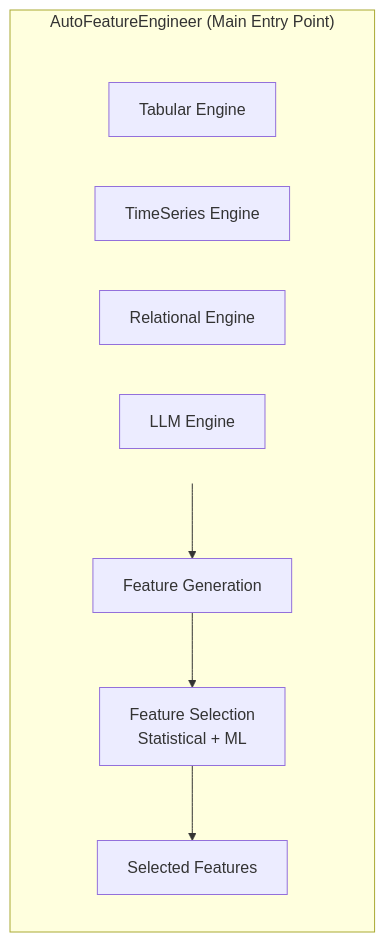
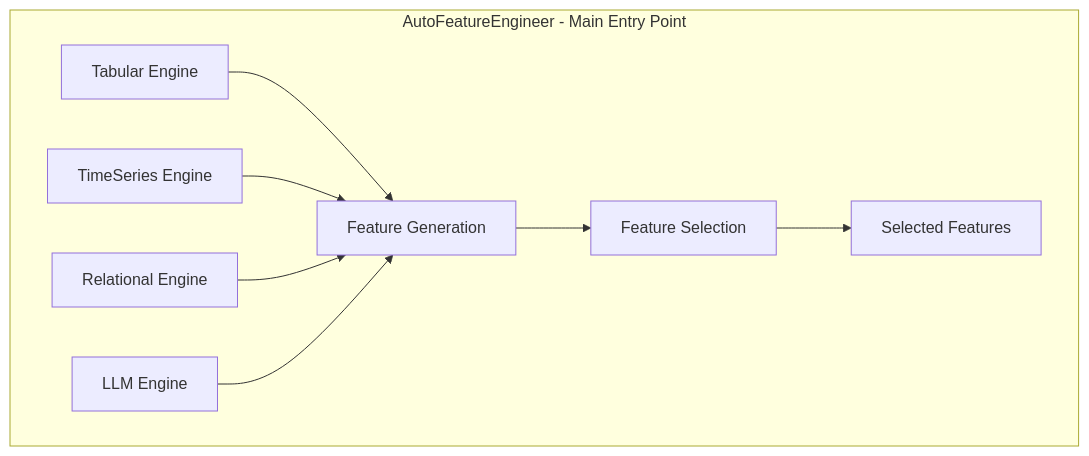
Before and after one commit to thinkall/featcopilot: the diagram in docs/user-guide/overview.md, drawn with Mermaid.

Commit message:
docs: use simpler Mermaid syntax for older version compatibility

````diff
--- a/docs/user-guide/overview.md
+++ b/docs/user-guide/overview.md
@@ -7,22 +7,11 @@
 ```mermaid
-flowchart TB
-    subgraph AE["AutoFeatureEngineer (Main Entry Point)"]
-        direction TB
-
-        subgraph Engines[" "]
-            direction LR
-            TE[Tabular Engine]
-            TSE[TimeSeries Engine]
-            RE[Relational Engine]
-            LE[LLM Engine]
-        end
-
-        FG[Feature Generation]
-        FS[Feature Selection<br/>Statistical + ML]
-        SF[Selected Features]
-
-        Engines --> FG --> FS --> SF
+graph TD
+    subgraph AE[AutoFeatureEngineer - Main Entry Point]
+        TE[Tabular Engine] --> FG[Feature Generation]
+        TSE[TimeSeries Engine] --> FG
+        RE[Relational Engine] --> FG
+        LE[LLM Engine] --> FG
+        FG --> FS[Feature Selection]
+        FS --> SF[Selected Features]
     end
-
-    style Engines fill:none,stroke:none
 ```
````
